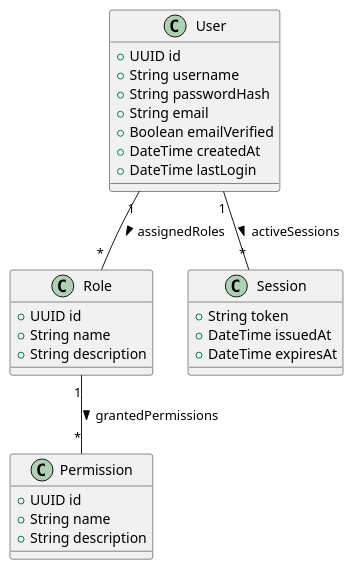
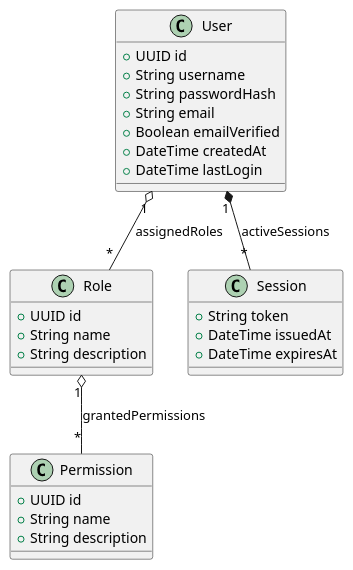
Before and after one commit to KnightChaser/opencctv-plantuml-storage: the diagram in 3.1.1_user_rbac_model.plantuml, drawn with PlantUML.

Commit message:
Update 3.1.1_user_rbac_model.plantuml
- Update associativity between components in the UML class diagram
    - User and Session have a composition relationship
    - User and Role, as well as Role and Permission, have aggregation relationships because their components can exist independently.

```diff
--- a/3.1.1_user_rbac_model.plantuml
+++ b/3.1.1_user_rbac_model.plantuml
@@ -1,35 +1,40 @@
 @startuml
 '== User & RBAC Domain Model ==
 
 class User {
     +UUID id
     +String username
     +String passwordHash
     +String email
     +Boolean emailVerified
     +DateTime createdAt
     +DateTime lastLogin
 }
 
 class Role {
     +UUID id
     +String name
     +String description
 }
 
 class Permission {
     +UUID id
     +String name
     +String description
 }
 
 class Session {
     +String token
     +DateTime issuedAt
     +DateTime expiresAt
 }
 
-User "1" -- "*" Role            : assignedRoles >
-Role "1" -- "*" Permission      : grantedPermissions >
-User "1" -- "*" Session         : activeSessions >
+' A user aggregates roles (roles exist independently)
+User "1" o-- "*" Role            : assignedRoles
+
+' A role aggregates permissions (permissions exist independently)
+Role "1" o-- "*" Permission      : grantedPermissions
+
+' A user composes sessions (sessions lifecycle bound to user)
+User "1" *-- "*" Session         : activeSessions
 @enduml
```
